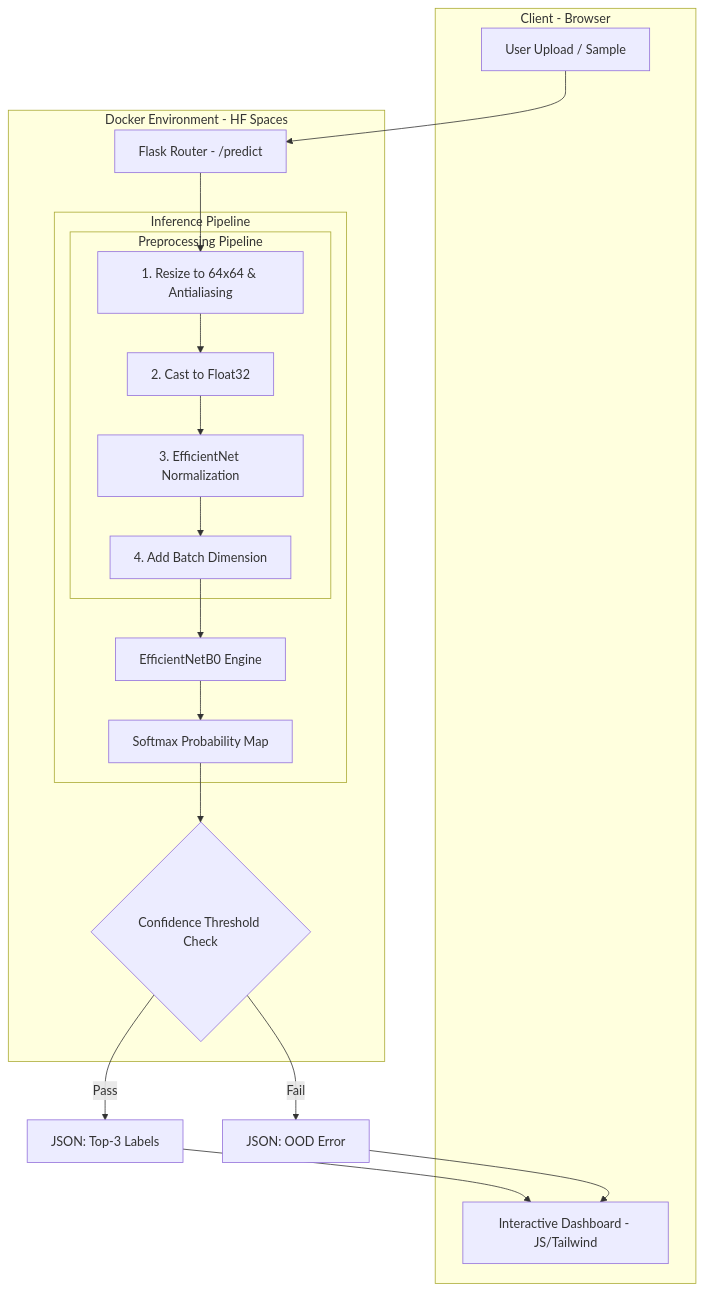
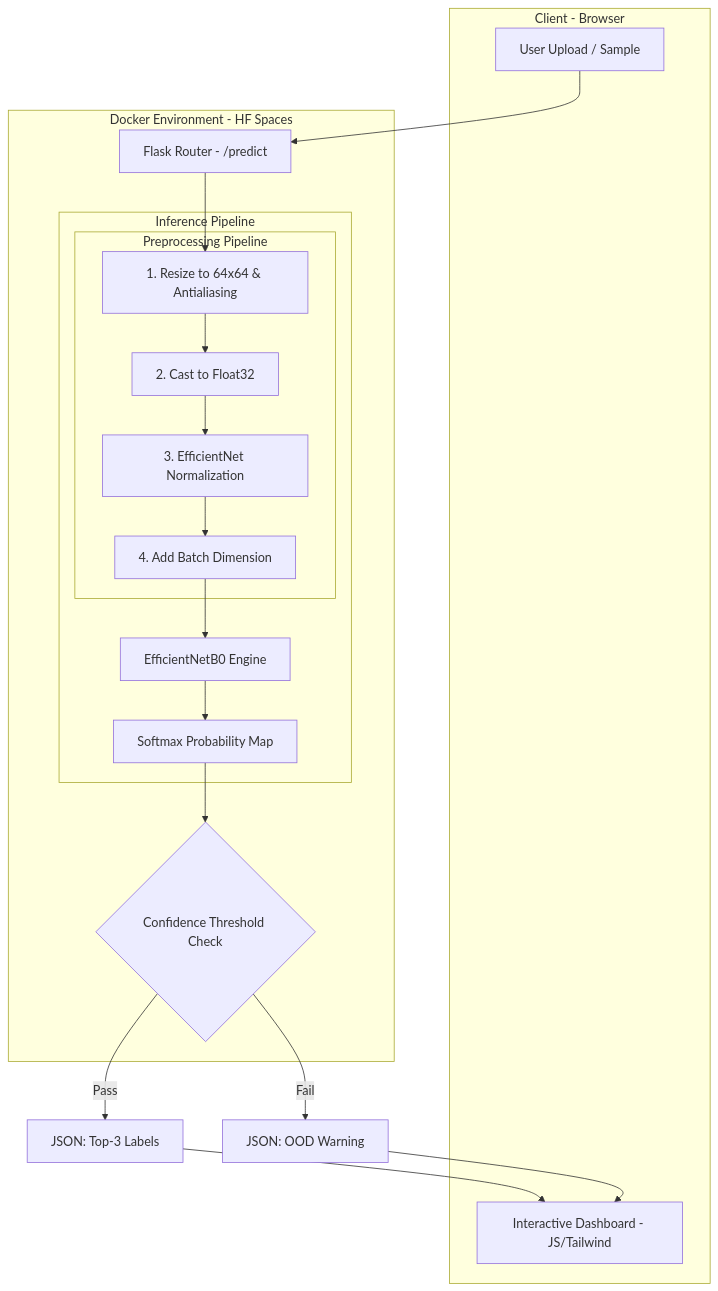
Before and after one commit to AaryanGotad/S.I.L.C.: the diagram in README.md, drawn with Mermaid. The commit also changed other lines of this file, not shown here.

````diff
--- a/README.md
+++ b/README.md
@@ -242,38 +262,38 @@
 ```mermaid
 graph TD
     subgraph Client_Side [Client - Browser]
         A[User Upload / Sample]
         I[Interactive Dashboard - JS/Tailwind]
     end
 
     subgraph Docker_Runtime [Docker Environment - HF Spaces]
         B[Flask Router - /predict]
         
         subgraph AI_Pipeline [Inference Pipeline]
             subgraph Preprocessing [Preprocessing Pipeline]
                 C1[1. Resize to 64x64 & Antialiasing]
                 C2[2. Cast to Float32]
                 C3[3. EfficientNet Normalization]
                 C4[4. Add Batch Dimension]
             end
             
             D[EfficientNetB0 Engine]
             E[Softmax Probability Map]
         end
         
         F{Confidence Threshold Check}
     end
 
     A --> B
     B --> C1
     C1 --> C2
     C2 --> C3
     C3 --> C4
     C4 --> D
     D --> E
     E --> F
     F -->|Pass| G[JSON: Top-3 Labels]
-    F -->|Fail| H[JSON: OOD Error]
+    F -->|Fail| H[JSON: OOD Warning]
     G --> I
     H --> I
 ```
````
